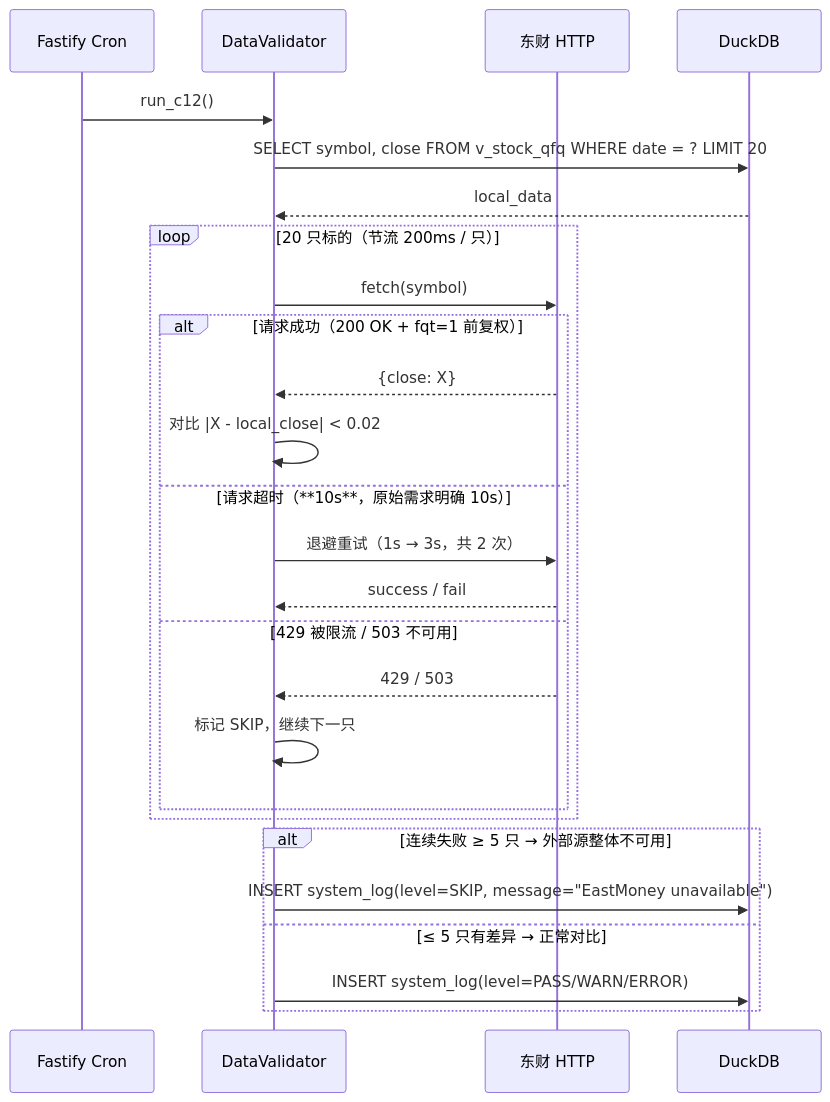
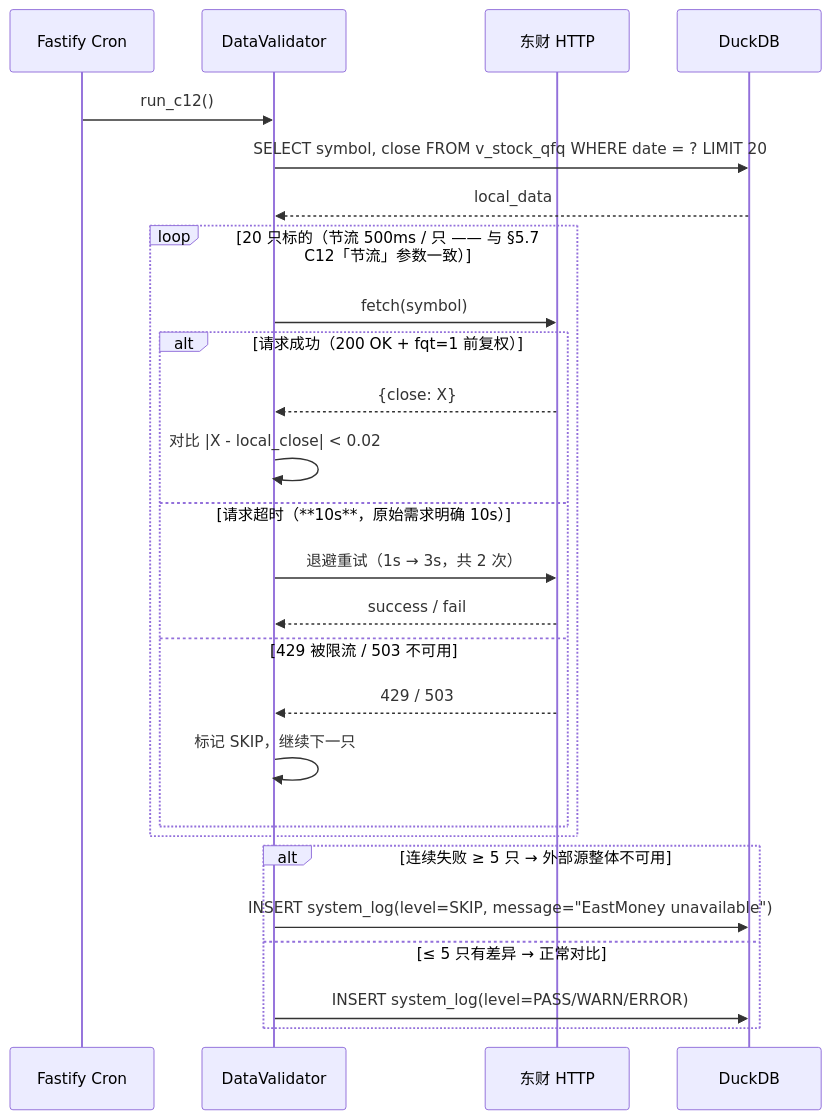
One commit to skytreat/InvestAssistantMVP changed the ninth of 15 diagrams in docs/client/SDD.md. Above: the diagram before and after it, drawn with Mermaid. The commit also changed other lines of this file and 1 other file, not shown here.

````diff
--- a/docs/client/SDD.md
+++ b/docs/client/SDD.md
@@ -1803,31 +1812,31 @@
 ```mermaid
 sequenceDiagram
     participant Cron as Fastify Cron
     participant Validator as DataValidator
     participant EastMoney as 东财 HTTP
     participant DuckDB as DuckDB
 
     Cron->>Validator: run_c12()
     Validator->>DuckDB: SELECT symbol, close FROM v_stock_qfq WHERE date = ? LIMIT 20
     DuckDB-->>Validator: local_data
 
-    loop 20 只标的（节流 200ms / 只）
+    loop 20 只标的（节流 500ms / 只 —— 与 §5.7 C12「节流」参数一致）
         Validator->>EastMoney: fetch(symbol)
         alt 请求成功（200 OK + fqt=1 前复权）
             EastMoney-->>Validator: {close: X}
             Validator->>Validator: 对比 |X - local_close| < 0.02
         else 请求超时（**10s**，原始需求明确 10s）
             Validator->>EastMoney: 退避重试（1s → 3s，共 2 次）
             EastMoney-->>Validator: success / fail
         else 429 被限流 / 503 不可用
             EastMoney-->>Validator: 429 / 503
             Validator->>Validator: 标记 SKIP，继续下一只
         end
     end
 
     alt 连续失败 ≥ 5 只 → 外部源整体不可用
         Validator->>DuckDB: INSERT system_log(level=SKIP, message="EastMoney unavailable")
     else ≤ 5 只有差异 → 正常对比
         Validator->>DuckDB: INSERT system_log(level=PASS/WARN/ERROR)
     end
 ```
````
